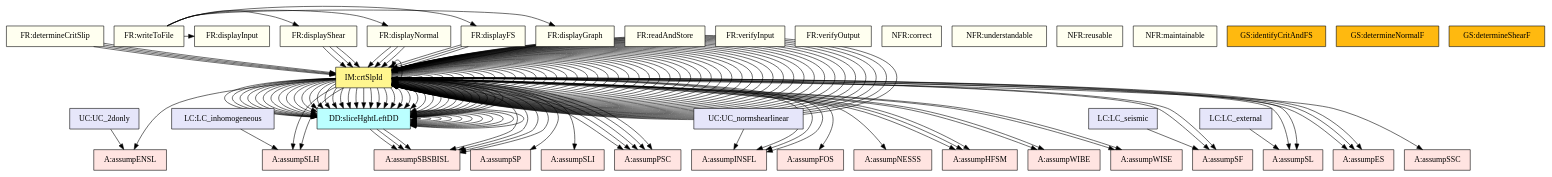
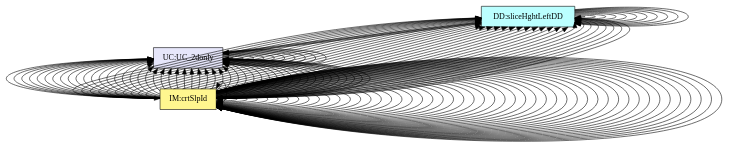
One commit to JacquesCarette/Drasil changed the diagram in code/stable/ssp/TraceyGraph/allvsall.dot. Above: the diagram before and after it, drawn with Graphviz. The commit also changed 53 other files, not shown here.

```diff
--- a/code/stable/ssp/TraceyGraph/allvsall.dot
+++ b/code/stable/ssp/TraceyGraph/allvsall.dot
@@ -1,11 +1,11 @@
 digraph allvsall {
-	dataDefn:alpha_i -> assumpSBSBISL;
-	dataDefn:beta_i -> assumpSBSBISL;
+	dataDefn:alpha_i -> instance:assumpSBSBISL;
+	dataDefn:beta_i -> instance:assumpSBSBISL;
 	dataDefn:l_bi -> dataDefn:alpha_i;
 	dataDefn:l_bi -> dataDefn:b_i;
 	dataDefn:l_si -> dataDefn:beta_i;
 	dataDefn:l_si -> dataDefn:b_i;
-	dataDefn:h_i -> assumpSBSBISL;
+	dataDefn:h_i -> instance:assumpSBSBISL;
 	dataDefn:h_i -> dataDefn:hR;
 	dataDefn:h_i -> dataDefn:hL;
 	dataDefn:Phi -> dataDefn:alpha_i;
@@ -13,8 +13,8 @@
 	dataDefn:Psi -> dataDefn:alpha_i;
 	dataDefn:Psi -> dataDefn:f_i;
 	dataDefn:Psi -> dataDefn:Phi;
-	theory:equilibriumCS -> assumpENSL;
-	theory:mcShrSrgth -> assumpSBSBISL;
+	theory:equilibriumCS -> instance:assumpENSL;
+	theory:mcShrSrgth -> instance:assumpSBSBISL;
 	theory:effectiveStressTM -> dataDefn:sigma;
 	theory:normForcEq -> dataDefn:alpha_i;
 	theory:normForcEq -> dataDefn:beta_i;
@@ -26,19 +26,19 @@
 	theory:bsShrFEq -> theory:equilibriumCS;
 	theory:bsShrFEq -> theory:sliceWght;
 	theory:bsShrFEq -> theory:srfWtrF;
-	theory:resShr -> assumpSLH;
-	theory:resShr -> assumpSP;
-	theory:resShr -> assumpSLI;
-	theory:resShr -> assumpPSC;
+	theory:resShr -> instance:assumpSLH;
+	theory:resShr -> instance:assumpSP;
+	theory:resShr -> instance:assumpSLI;
+	theory:resShr -> instance:assumpPSC;
 	theory:resShr -> dataDefn:l_bi;
 	theory:resShr -> dataDefn:sigma;
 	theory:resShr -> dataDefn:tau;
 	theory:resShr -> theory:mcShrSrgth;
-	theory:mobShr -> assumpFOS;
+	theory:mobShr -> instance:assumpFOS;
 	theory:mobShr -> dataDefn:l_bi;
 	theory:mobShr -> theory:factOfSafetyTM;
 	theory:mobShr -> theory:resShr;
-	theory:effNormF -> assumpPSC;
+	theory:effNormF -> instance:assumpPSC;
 	theory:effNormF -> dataDefn:sigma;
 	theory:effNormF -> theory:effectiveStressTM;
 	theory:effNormF -> theory:baseWtrF;
@@ -54,10 +54,10 @@
 	theory:mobShearWO -> dataDefn:beta_i;
 	theory:mobShearWO -> theory:sliceWght;
 	theory:mobShearWO -> theory:srfWtrF;
-	theory:X_i -> assumpINSFL;
+	theory:X_i -> instance:assumpINSFL;
 	theory:X_i -> dataDefn:f_i;
-	theory:momentEql -> assumpNESSS;
-	theory:momentEql -> assumpHFSM;
+	theory:momentEql -> instance:assumpNESSS;
+	theory:momentEql -> instance:assumpHFSM;
 	theory:momentEql -> dataDefn:alpha_i;
 	theory:momentEql -> dataDefn:beta_i;
 	theory:momentEql -> dataDefn:b_i;
@@ -68,31 +68,31 @@
 	theory:momentEql -> theory:sliceWght;
 	theory:momentEql -> theory:srfWtrF;
 	theory:weight -> theory:newtonSL;
-	theory:sliceWght -> assumpSLH;
-	theory:sliceWght -> assumpPSC;
-	theory:sliceWght -> assumpSBSBISL;
-	theory:sliceWght -> assumpWIBE;
-	theory:sliceWght -> assumpWISE;
+	theory:sliceWght -> instance:assumpSLH;
+	theory:sliceWght -> instance:assumpPSC;
+	theory:sliceWght -> instance:assumpSBSBISL;
+	theory:sliceWght -> instance:assumpWIBE;
+	theory:sliceWght -> instance:assumpWISE;
 	theory:sliceWght -> dataDefn:b_i;
 	theory:sliceWght -> theory:weight;
-	theory:baseWtrF -> assumpPSC;
-	theory:baseWtrF -> assumpSBSBISL;
-	theory:baseWtrF -> assumpWIBE;
-	theory:baseWtrF -> assumpHFSM;
+	theory:baseWtrF -> instance:assumpPSC;
+	theory:baseWtrF -> instance:assumpSBSBISL;
+	theory:baseWtrF -> instance:assumpWIBE;
+	theory:baseWtrF -> instance:assumpHFSM;
 	theory:baseWtrF -> dataDefn:l_bi;
 	theory:baseWtrF -> theory:pressure;
 	theory:baseWtrF -> theory:baseWtrF;
-	theory:srfWtrF -> assumpPSC;
-	theory:srfWtrF -> assumpSBSBISL;
-	theory:srfWtrF -> assumpWISE;
-	theory:srfWtrF -> assumpHFSM;
+	theory:srfWtrF -> instance:assumpPSC;
+	theory:srfWtrF -> instance:assumpSBSBISL;
+	theory:srfWtrF -> instance:assumpWISE;
+	theory:srfWtrF -> instance:assumpHFSM;
 	theory:srfWtrF -> dataDefn:l_si;
 	theory:srfWtrF -> theory:pressure;
 	theory:srfWtrF -> theory:srfWtrF;
-	theory:FS -> assumpINSFL;
-	theory:FS -> assumpES;
-	theory:FS -> assumpSF;
-	theory:FS -> assumpSL;
+	theory:FS -> instance:assumpINSFL;
+	theory:FS -> instance:assumpES;
+	theory:FS -> instance:assumpSF;
+	theory:FS -> instance:assumpSL;
 	theory:FS -> dataDefn:Phi;
 	theory:FS -> dataDefn:Psi;
 	theory:FS -> theory:normForcEq;
@@ -104,10 +104,10 @@
 	theory:FS -> theory:FS;
 	theory:FS -> theory:nrmShrForIM;
 	theory:FS -> theory:intsliceFsRC;
-	theory:nrmShrForIM -> assumpINSFL;
-	theory:nrmShrForIM -> assumpES;
-	theory:nrmShrForIM -> assumpSF;
-	theory:nrmShrForIM -> assumpSL;
+	theory:nrmShrForIM -> instance:assumpINSFL;
+	theory:nrmShrForIM -> instance:assumpES;
+	theory:nrmShrForIM -> instance:assumpSF;
+	theory:nrmShrForIM -> instance:assumpSL;
 	theory:nrmShrForIM -> theory:X_i;
 	theory:nrmShrForIM -> theory:momentEql;
 	theory:nrmShrForIM -> theory:FS;
@@ -125,7 +125,7 @@
 	theory:nrmShrForDenRC -> dataDefn:b_i;
 	theory:nrmShrForDenRC -> dataDefn:f_i;
 	theory:nrmShrForDenRC -> theory:nrmShrForIM;
-	theory:intsliceFsRC -> assumpES;
+	theory:intsliceFsRC -> instance:assumpES;
 	theory:intsliceFsRC -> dataDefn:Phi;
 	theory:intsliceFsRC -> dataDefn:Psi;
 	theory:intsliceFsRC -> theory:resShearWO;
@@ -133,53 +133,53 @@
 	theory:intsliceFsRC -> theory:FS;
 	theory:intsliceFsRC -> theory:nrmShrForIM;
 	theory:intsliceFsRC -> theory:intsliceFsRC;
-	theory:crtSlpIdIM -> assumpSSC;
-	determineCritSlip -> theory:FS;
-	determineCritSlip -> theory:nrmShrForIM;
-	determineCritSlip -> theory:intsliceFsRC;
-	determineCritSlip -> theory:crtSlpIdIM;
-	displayGraph -> theory:crtSlpIdIM;
-	displayFS -> theory:FS;
-	displayFS -> theory:nrmShrForIM;
-	displayFS -> theory:intsliceFsRC;
-	displayNormal -> theory:FS;
-	displayNormal -> theory:nrmShrForIM;
-	displayNormal -> theory:intsliceFsRC;
-	displayShear -> theory:FS;
-	displayShear -> theory:nrmShrForIM;
-	displayShear -> theory:intsliceFsRC;
-	writeToFile -> displayInput;
-	writeToFile -> displayGraph;
-	writeToFile -> displayFS;
-	writeToFile -> displayNormal;
-	writeToFile -> displayShear;
-	LC_inhomogeneous -> assumpSLH;
-	LC_seismic -> assumpSF;
-	LC_external -> assumpSL;
-	UC_normshearlinear -> assumpINSFL;
-	UC_2donly -> assumpENSL;
+	theory:crtSlpIdIM -> instance:assumpSSC;
+	instance:determineCritSlip -> theory:FS;
+	instance:determineCritSlip -> theory:nrmShrForIM;
+	instance:determineCritSlip -> theory:intsliceFsRC;
+	instance:determineCritSlip -> theory:crtSlpIdIM;
+	instance:displayGraph -> theory:crtSlpIdIM;
+	instance:displayFS -> theory:FS;
+	instance:displayFS -> theory:nrmShrForIM;
+	instance:displayFS -> theory:intsliceFsRC;
+	instance:displayNormal -> theory:FS;
+	instance:displayNormal -> theory:nrmShrForIM;
+	instance:displayNormal -> theory:intsliceFsRC;
+	instance:displayShear -> theory:FS;
+	instance:displayShear -> theory:nrmShrForIM;
+	instance:displayShear -> theory:intsliceFsRC;
+	instance:writeToFile -> instance:displayInput;
+	instance:writeToFile -> instance:displayGraph;
+	instance:writeToFile -> instance:displayFS;
+	instance:writeToFile -> instance:displayNormal;
+	instance:writeToFile -> instance:displayShear;
+	instance:LC_inhomogeneous -> instance:assumpSLH;
+	instance:LC_seismic -> instance:assumpSF;
+	instance:LC_external -> instance:assumpSL;
+	instance:UC_normshearlinear -> instance:assumpINSFL;
+	instance:UC_2donly -> instance:assumpENSL;
 
 
-	assumpSSC	[shape=box, color=black, style=filled, fillcolor=mistyrose, label="A:assumpSSC"];
-	assumpFOS	[shape=box, color=black, style=filled, fillcolor=mistyrose, label="A:assumpFOS"];
-	assumpSLH	[shape=box, color=black, style=filled, fillcolor=mistyrose, label="A:assumpSLH"];
-	assumpSP	[shape=box, color=black, style=filled, fillcolor=mistyrose, label="A:assumpSP"];
-	assumpSLI	[shape=box, color=black, style=filled, fillcolor=mistyrose, label="A:assumpSLI"];
-	assumpINSFL	[shape=box, color=black, style=filled, fillcolor=mistyrose, label="A:assumpINSFL"];
-	assumpPSC	[shape=box, color=black, style=filled, fillcolor=mistyrose, label="A:assumpPSC"];
-	assumpENSL	[shape=box, color=black, style=filled, fillcolor=mistyrose, label="A:assumpENSL"];
-	assumpSBSBISL	[shape=box, color=black, style=filled, fillcolor=mistyrose, label="A:assumpSBSBISL"];
-	assumpES	[shape=box, color=black, style=filled, fillcolor=mistyrose, label="A:assumpES"];
-	assumpSF	[shape=box, color=black, style=filled, fillcolor=mistyrose, label="A:assumpSF"];
-	assumpSL	[shape=box, color=black, style=filled, fillcolor=mistyrose, label="A:assumpSL"];
-	assumpWIBE	[shape=box, color=black, style=filled, fillcolor=mistyrose, label="A:assumpWIBE"];
-	assumpWISE	[shape=box, color=black, style=filled, fillcolor=mistyrose, label="A:assumpWISE"];
-	assumpNESSS	[shape=box, color=black, style=filled, fillcolor=mistyrose, label="A:assumpNESSS"];
-	assumpHFSM	[shape=box, color=black, style=filled, fillcolor=mistyrose, label="A:assumpHFSM"];
+	instance:assumpSSC	[shape=box, color=black, style=filled, fillcolor=mistyrose, label="A:assumpSSC"];
+	instance:assumpFOS	[shape=box, color=black, style=filled, fillcolor=mistyrose, label="A:assumpFOS"];
+	instance:assumpSLH	[shape=box, color=black, style=filled, fillcolor=mistyrose, label="A:assumpSLH"];
+	instance:assumpSP	[shape=box, color=black, style=filled, fillcolor=mistyrose, label="A:assumpSP"];
+	instance:assumpSLI	[shape=box, color=black, style=filled, fillcolor=mistyrose, label="A:assumpSLI"];
+	instance:assumpINSFL	[shape=box, color=black, style=filled, fillcolor=mistyrose, label="A:assumpINSFL"];
+	instance:assumpPSC	[shape=box, color=black, style=filled, fillcolor=mistyrose, label="A:assumpPSC"];
+	instance:assumpENSL	[shape=box, color=black, style=filled, fillcolor=mistyrose, label="A:assumpENSL"];
+	instance:assumpSBSBISL	[shape=box, color=black, style=filled, fillcolor=mistyrose, label="A:assumpSBSBISL"];
+	instance:assumpES	[shape=box, color=black, style=filled, fillcolor=mistyrose, label="A:assumpES"];
+	instance:assumpSF	[shape=box, color=black, style=filled, fillcolor=mistyrose, label="A:assumpSF"];
+	instance:assumpSL	[shape=box, color=black, style=filled, fillcolor=mistyrose, label="A:assumpSL"];
+	instance:assumpWIBE	[shape=box, color=black, style=filled, fillcolor=mistyrose, label="A:assumpWIBE"];
+	instance:assumpWISE	[shape=box, color=black, style=filled, fillcolor=mistyrose, label="A:assumpWISE"];
+	instance:assumpNESSS	[shape=box, color=black, style=filled, fillcolor=mistyrose, label="A:assumpNESSS"];
+	instance:assumpHFSM	[shape=box, color=black, style=filled, fillcolor=mistyrose, label="A:assumpHFSM"];
 
 	subgraph A {
 	rank="same"
-	{assumpSSC, assumpFOS, assumpSLH, assumpSP, assumpSLI, assumpINSFL, assumpPSC, assumpENSL, assumpSBSBISL, assumpES, assumpSF, assumpSL, assumpWIBE, assumpWISE, assumpNESSS, assumpHFSM}
+	{instance:assumpSSC, instance:assumpFOS, instance:assumpSLH, instance:assumpSP, instance:assumpSLI, instance:assumpINSFL, instance:assumpPSC, instance:assumpENSL, instance:assumpSBSBISL, instance:assumpES, instance:assumpSF, instance:assumpSL, instance:assumpWIBE, instance:assumpWISE, instance:assumpNESSS, instance:assumpHFSM}
 	}
 
 	dataDefn:H_i	[shape=box, color=black, style=filled, fillcolor=paleturquoise1, label="DD:intersliceWtrF"];
@@ -248,44 +248,44 @@
 	{theory:FS, theory:nrmShrForIM, theory:nrmShrForNumRC, theory:nrmShrForDenRC, theory:intsliceFsRC, theory:crtSlpIdIM}
 	}
 
-	readAndStore	[shape=box, color=black, style=filled, fillcolor=ivory, label="FR:readAndStore"];
-	verifyInput	[shape=box, color=black, style=filled, fillcolor=ivory, label="FR:verifyInput"];
-	determineCritSlip	[shape=box, color=black, style=filled, fillcolor=ivory, label="FR:determineCritSlip"];
-	verifyOutput	[shape=box, color=black, style=filled, fillcolor=ivory, label="FR:verifyOutput"];
-	displayInput	[shape=box, color=black, style=filled, fillcolor=ivory, label="FR:displayInput"];
-	displayGraph	[shape=box, color=black, style=filled, fillcolor=ivory, label="FR:displayGraph"];
-	displayFS	[shape=box, color=black, style=filled, fillcolor=ivory, label="FR:displayFS"];
-	displayNormal	[shape=box, color=black, style=filled, fillcolor=ivory, label="FR:displayNormal"];
-	displayShear	[shape=box, color=black, style=filled, fillcolor=ivory, label="FR:displayShear"];
-	writeToFile	[shape=box, color=black, style=filled, fillcolor=ivory, label="FR:writeToFile"];
-	correct	[shape=box, color=black, style=filled, fillcolor=ivory, label="NFR:correct"];
-	understandable	[shape=box, color=black, style=filled, fillcolor=ivory, label="NFR:understandable"];
-	reusable	[shape=box, color=black, style=filled, fillcolor=ivory, label="NFR:reusable"];
-	maintainable	[shape=box, color=black, style=filled, fillcolor=ivory, label="NFR:maintainable"];
+	instance:readAndStore	[shape=box, color=black, style=filled, fillcolor=ivory, label="FR:readAndStore"];
+	instance:verifyInput	[shape=box, color=black, style=filled, fillcolor=ivory, label="FR:verifyInput"];
+	instance:determineCritSlip	[shape=box, color=black, style=filled, fillcolor=ivory, label="FR:determineCritSlip"];
+	instance:verifyOutput	[shape=box, color=black, style=filled, fillcolor=ivory, label="FR:verifyOutput"];
+	instance:displayInput	[shape=box, color=black, style=filled, fillcolor=ivory, label="FR:displayInput"];
+	instance:displayGraph	[shape=box, color=black, style=filled, fillcolor=ivory, label="FR:displayGraph"];
+	instance:displayFS	[shape=box, color=black, style=filled, fillcolor=ivory, label="FR:displayFS"];
+	instance:displayNormal	[shape=box, color=black, style=filled, fillcolor=ivory, label="FR:displayNormal"];
+	instance:displayShear	[shape=box, color=black, style=filled, fillcolor=ivory, label="FR:displayShear"];
+	instance:writeToFile	[shape=box, color=black, style=filled, fillcolor=ivory, label="FR:writeToFile"];
+	instance:correct	[shape=box, color=black, style=filled, fillcolor=ivory, label="NFR:correct"];
+	instance:understandable	[shape=box, color=black, style=filled, fillcolor=ivory, label="NFR:understandable"];
+	instance:reusable	[shape=box, color=black, style=filled, fillcolor=ivory, label="NFR:reusable"];
+	instance:maintainable	[shape=box, color=black, style=filled, fillcolor=ivory, label="NFR:maintainable"];
 
 	subgraph FR {
 	rank="same"
-	{readAndStore, verifyInput, determineCritSlip, verifyOutput, displayInput, displayGraph, displayFS, displayNormal, displayShear, writeToFile, correct, understandable, reusable, maintainable}
+	{instance:readAndStore, instance:verifyInput, instance:determineCritSlip, instance:verifyOutput, instance:displayInput, instance:displayGraph, instance:displayFS, instance:displayNormal, instance:displayShear, instance:writeToFile, instance:correct, instance:understandable, instance:reusable, instance:maintainable}
 	}
 
-	identifyCritAndFS	[shape=box, color=black, style=filled, fillcolor=darkgoldenrod1, label="GS:identifyCritAndFS"];
-	determineNormalF	[shape=box, color=black, style=filled, fillcolor=darkgoldenrod1, label="GS:determineNormalF"];
-	determineShearF	[shape=box, color=black, style=filled, fillcolor=darkgoldenrod1, label="GS:determineShearF"];
+	instance:identifyCritAndFS	[shape=box, color=black, style=filled, fillcolor=darkgoldenrod1, label="GS:identifyCritAndFS"];
+	instance:determineNormalF	[shape=box, color=black, style=filled, fillcolor=darkgoldenrod1, label="GS:determineNormalF"];
+	instance:determineShearF	[shape=box, color=black, style=filled, fillcolor=darkgoldenrod1, label="GS:determineShearF"];
 
 	subgraph GS {
 	rank="same"
-	{identifyCritAndFS, determineNormalF, determineShearF}
+	{instance:identifyCritAndFS, instance:determineNormalF, instance:determineShearF}
 	}
 
-	LC_inhomogeneous	[shape=box, color=black, style=filled, fillcolor=lavender, label="LC:LC_inhomogeneous"];
-	LC_seismic	[shape=box, color=black, style=filled, fillcolor=lavender, label="LC:LC_seismic"];
-	LC_external	[shape=box, color=black, style=filled, fillcolor=lavender, label="LC:LC_external"];
-	UC_normshearlinear	[shape=box, color=black, style=filled, fillcolor=lavender, label="UC:UC_normshearlinear"];
-	UC_2donly	[shape=box, color=black, style=filled, fillcolor=lavender, label="UC:UC_2donly"];
+	instance:LC_inhomogeneous	[shape=box, color=black, style=filled, fillcolor=lavender, label="LC:LC_inhomogeneous"];
+	instance:LC_seismic	[shape=box, color=black, style=filled, fillcolor=lavender, label="LC:LC_seismic"];
+	instance:LC_external	[shape=box, color=black, style=filled, fillcolor=lavender, label="LC:LC_external"];
+	instance:UC_normshearlinear	[shape=box, color=black, style=filled, fillcolor=lavender, label="UC:UC_normshearlinear"];
+	instance:UC_2donly	[shape=box, color=black, style=filled, fillcolor=lavender, label="UC:UC_2donly"];
 
 	subgraph LC {
 	rank="same"
-	{LC_inhomogeneous, LC_seismic, LC_external, UC_normshearlinear, UC_2donly}
+	{instance:LC_inhomogeneous, instance:LC_seismic, instance:LC_external, instance:UC_normshearlinear, instance:UC_2donly}
 	}
 
 }
```
